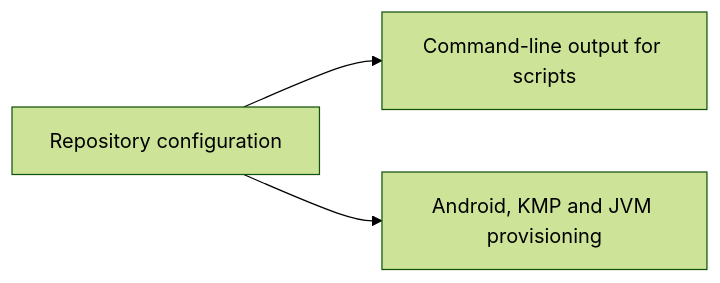
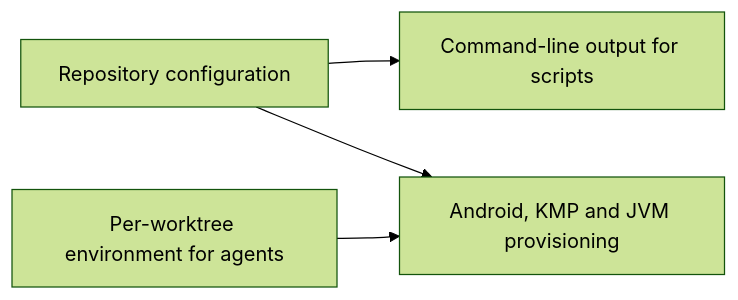
One commit to LuxionServer/ShogunAi changed the diagram in docs/roadmap.md. Above: the diagram before and after it, drawn with Mermaid (forest theme). The commit also changed other lines of this file and 57 other files, not shown here.

First line of the commit message:
Show and stop Gradle daemons per worktree with the Gradle provider

````diff
--- a/docs/roadmap.md
+++ b/docs/roadmap.md
@@ -17,5 +17,6 @@
 ```mermaid
 graph LR
     A["Repository configuration"] --> B["Command-line output for scripts"]
     A --> D["Android, KMP and JVM provisioning"]
+    E["Per-worktree environment for agents"] --> D
 ```
````
